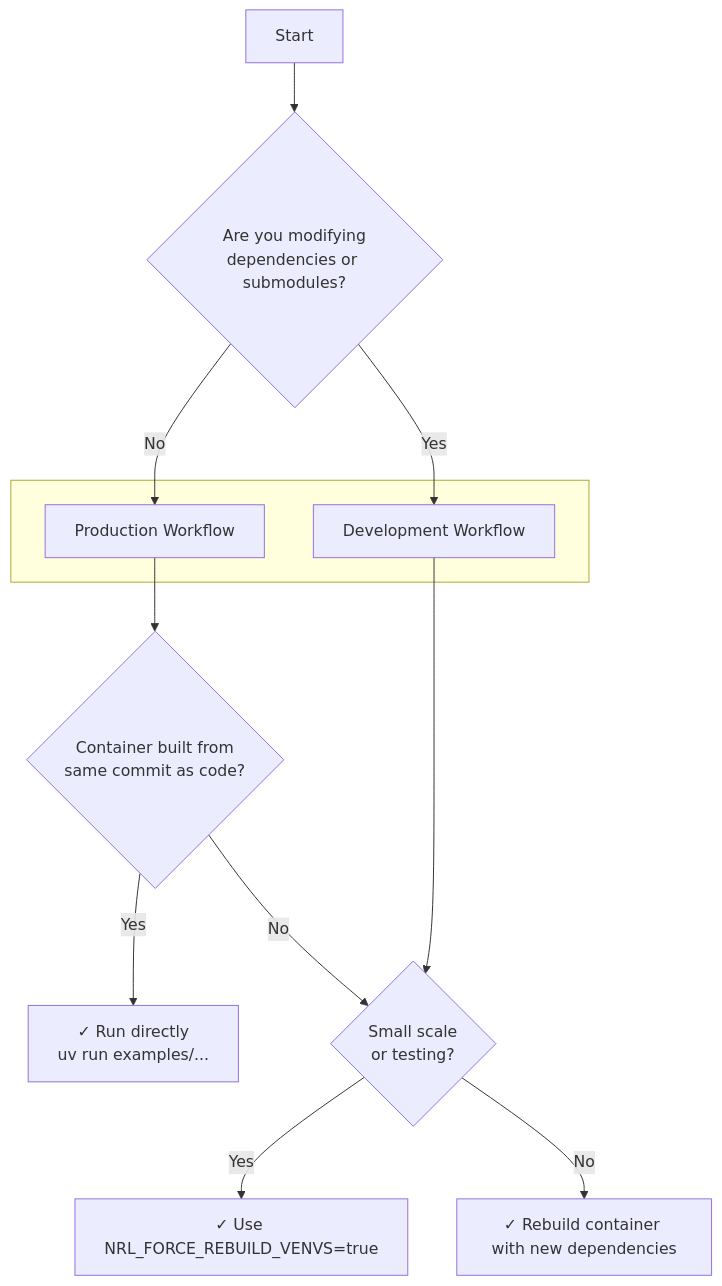
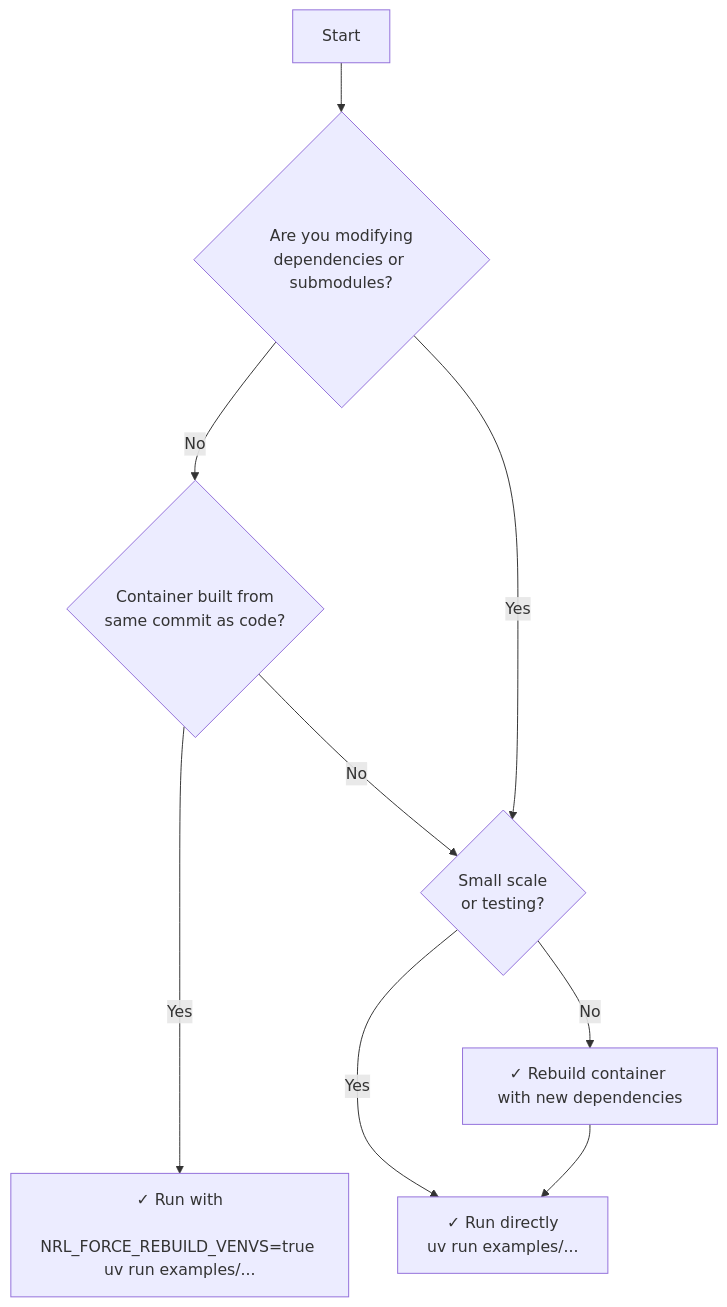
The second of 2 diagrams in docs/design-docs/dependency-manangement.md (NVIDIA-NeMo/RL), drawn with Mermaid before and after one commit.

Commit message:
run with

````diff
--- a/docs/design-docs/dependency-manangement.md
+++ b/docs/design-docs/dependency-manangement.md
@@ -166,21 +166,17 @@
 ```mermaid
 flowchart TD
     A[Start] --> B{Are you modifying<br/>dependencies or submodules?}
     
-    subgraph " "
-        C[Production Workflow]
-        D[Development Workflow]
-    end
+    B -->|No| C{Container built from<br/>same commit as code?}
+    B -->|Yes| D{Small scale<br/>or testing?}
     
-    B -->|No| C
-    B -->|Yes| D
+    C ---->|Yes| F["✓ Run with
+    NRL_FORCE_REBUILD_VENVS=true uv run examples/..."]
+    C -->|No| D
     
-    C --> E{Container built from<br/>same commit as code?}
-    E -->|Yes| F[✓ Run directly<br/>uv run examples/...]
-    E -->|No| G{Small scale<br/>or testing?}
+    D -->|Yes| E["✓ Run directly
+    uv run examples/..."]
+    D -->|No| G[✓ Rebuild container with new dependencies]
     
-    D --> G
-    
-    G -->|Yes| H[✓ Use NRL_FORCE_REBUILD_VENVS=true]
-    G -->|No| I[✓ Rebuild container with new dependencies]
+    G --> E
 ```
````
